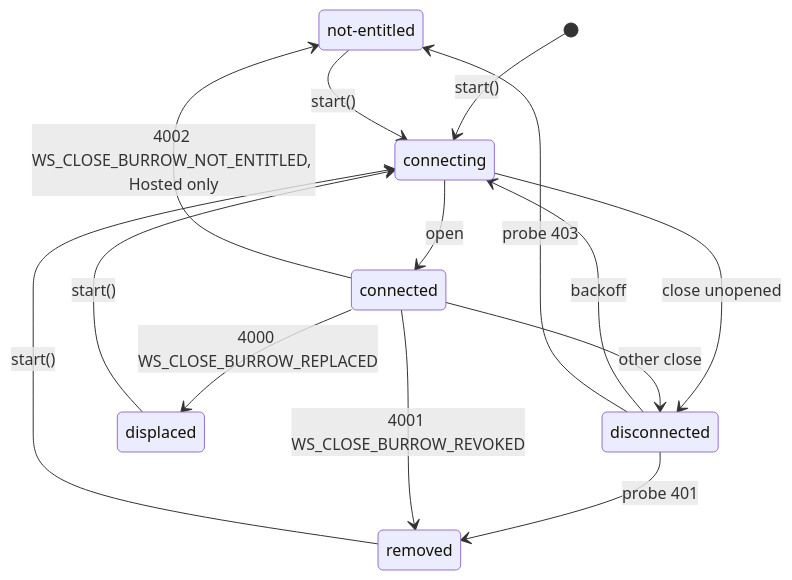
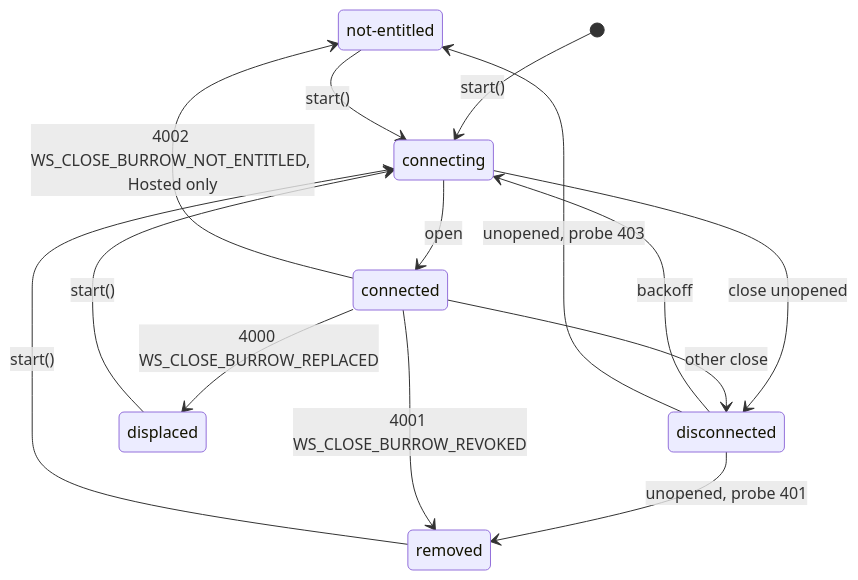
One commit to diffplug/dormouse changed the third of 3 diagrams in docs/specs/relay.md. Above: the diagram before and after it, drawn with Mermaid. The commit also changed other lines of this file and 1 other file, not shown here.

Commit message:
relay: scope the socket-policy probe to unopened sockets
Review fix for the relay socket policy diagram (194804e62): it drew a
probe after any disconnect, but `#onClose` probes only a socket that never
opened (`!opened && !#probed`, lib/src/remote/burrow/burrow-runtime.ts).
Label both probe edges "unopened", and repair the probe bullet the
diagram commit left without a verb. Budget 6250 -> 6300 for the +2 words
of the correction.

````diff
--- a/docs/specs/relay.md
+++ b/docs/specs/relay.md
@@ -612,17 +612,17 @@
 ```mermaid
 stateDiagram-v2
   state "not-entitled" as notEntitled
   [*] --> connecting: start()
   connecting --> connected: open
   connecting --> disconnected: close unopened
   connected --> disconnected: other close
   disconnected --> connecting: backoff
-  disconnected --> removed: probe 401
-  disconnected --> notEntitled: probe 403
+  disconnected --> removed: unopened, probe 401
+  disconnected --> notEntitled: unopened, probe 403
   connected --> displaced: 4000 WS_CLOSE_BURROW_REPLACED
   connected --> removed: 4001 WS_CLOSE_BURROW_REVOKED
   connected --> notEntitled: 4002 WS_CLOSE_BURROW_NOT_ENTITLED, Hosted only
   displaced --> connecting: start()
   removed --> connecting: start()
   notEntitled --> connecting: start()
 ```
````
